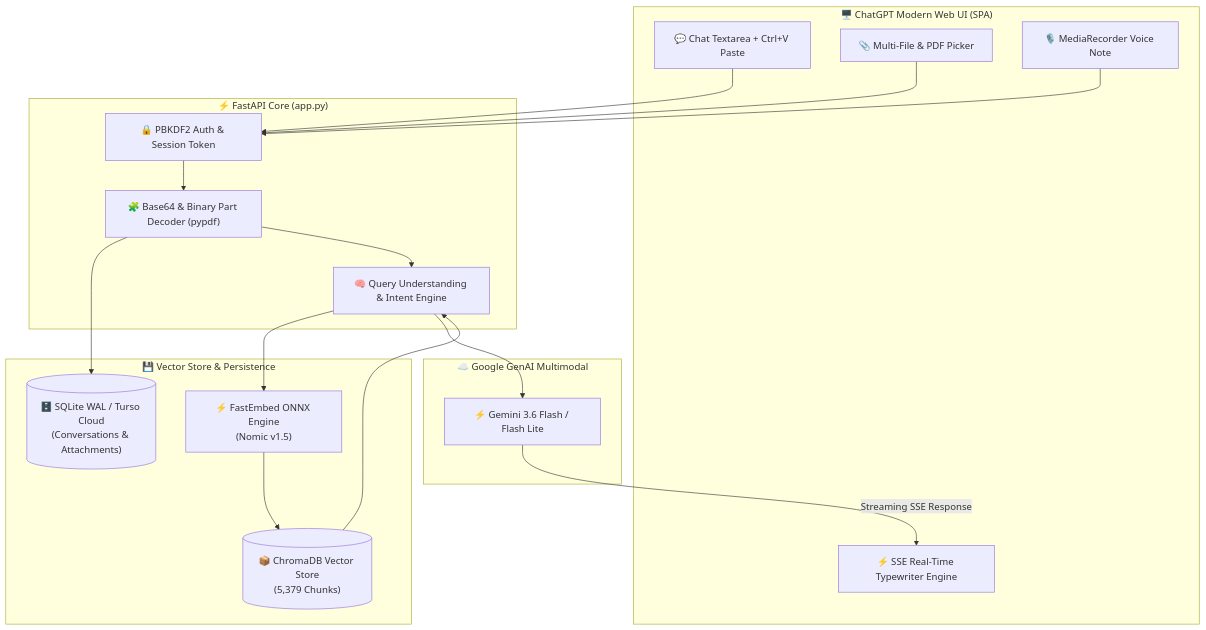
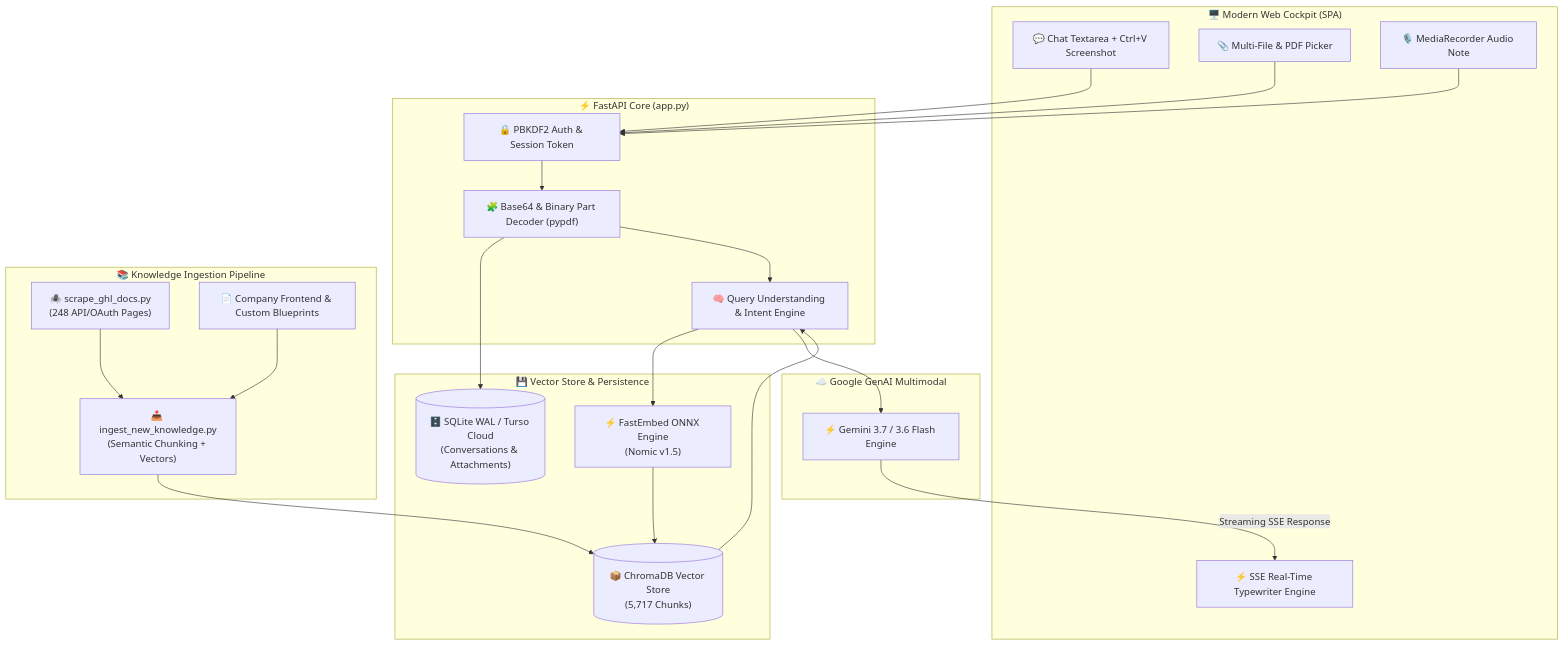
The diagram in GHL RAG/README.md (muhammadokashapak/XortLogix), drawn with Mermaid before and after one commit. The commit also changed other lines of this file, not shown here.

Commit message:
docs: update VIP premium README with 5,717 chunks, REST API v2 & OAuth specs, custom front-end deliverables and architecture diagrams

````diff
--- a/GHL RAG/README.md
+++ b/GHL RAG/README.md
@@ -51,34 +80,41 @@
 ```mermaid
 flowchart TD
-    subgraph Frontend ["🖥️ ChatGPT Modern Web UI (SPA)"]
-        ChatInput["💬 Chat Textarea + Ctrl+V Paste"]
+    subgraph Frontend ["🖥️ Modern Web Cockpit (SPA)"]
+        ChatInput["💬 Chat Textarea + Ctrl+V Screenshot"]
         FileUpload["📎 Multi-File & PDF Picker"]
-        VoiceRecord["🎙️ MediaRecorder Voice Note"]
+        VoiceRecord["🎙️ MediaRecorder Audio Note"]
         StreamReader["⚡ SSE Real-Time Typewriter Engine"]
     end
 
     subgraph Backend ["⚡ FastAPI Core (app.py)"]
         AuthMiddleware["🔒 PBKDF2 Auth & Session Token"]
         MultimodalParser["🧩 Base64 & Binary Part Decoder (pypdf)"]
         RAGRouter["🧠 Query Understanding & Intent Engine"]
     end
 
     subgraph Storage ["💾 Vector Store & Persistence"]
-        ChromaDB[("📦 ChromaDB Vector Store\n(5,379 Chunks)")]
+        ChromaDB[("📦 ChromaDB Vector Store\n(5,717 Chunks)")]
         FastEmbed["⚡ FastEmbed ONNX Engine\n(Nomic v1.5)"]
         Database[("🗄️ SQLite WAL / Turso Cloud\n(Conversations & Attachments)")]
     end
 
-    subgraph AI ["☁️ Google GenAI Multimodal"]
-        GeminiFlash["⚡ Gemini 3.6 Flash / Flash Lite"]
+    subgraph Knowledge ["📚 Knowledge Ingestion Pipeline"]
+        Scraper["🕷️ scrape_ghl_docs.py\n(248 API/OAuth Pages)"]
+        CustomDocs["📄 Company Frontend & Custom Blueprints"]
+        IngestEngine["📥 ingest_new_knowledge.py\n(Semantic Chunking + Vectors)"]
     end
 
+    subgraph AI ["☁️ Google GenAI Multimodal"]
+        GeminiFlash["⚡ Gemini 3.7 / 3.6 Flash Engine"]
+    end
+
+    Scraper & CustomDocs --> IngestEngine --> ChromaDB
     ChatInput & FileUpload & VoiceRecord --> AuthMiddleware
     AuthMiddleware --> MultimodalParser
     MultimodalParser --> Database
     MultimodalParser --> RAGRouter
     RAGRouter --> FastEmbed --> ChromaDB
     ChromaDB --> RAGRouter
     RAGRouter --> GeminiFlash
     GeminiFlash -->|Streaming SSE Response| StreamReader
 ```
````
